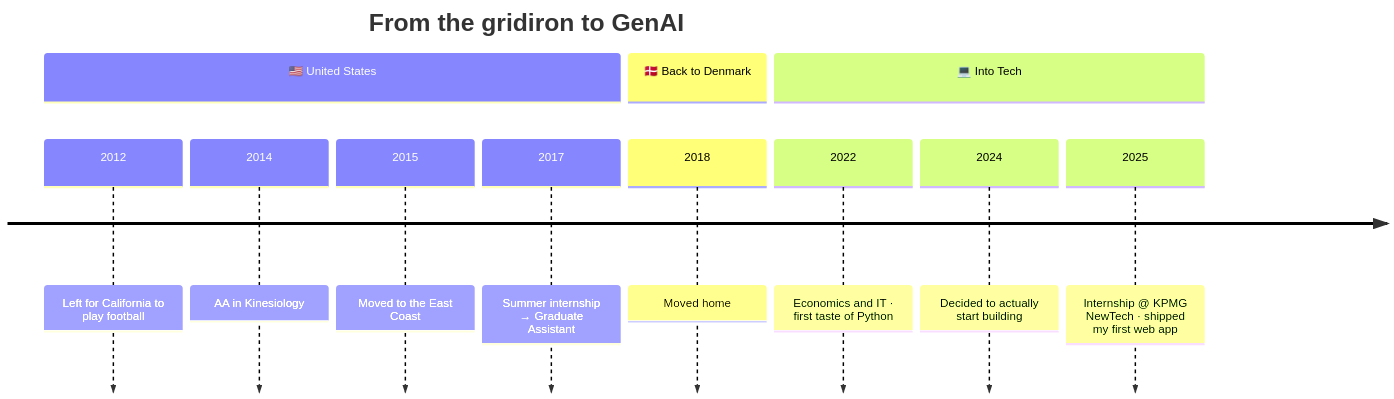
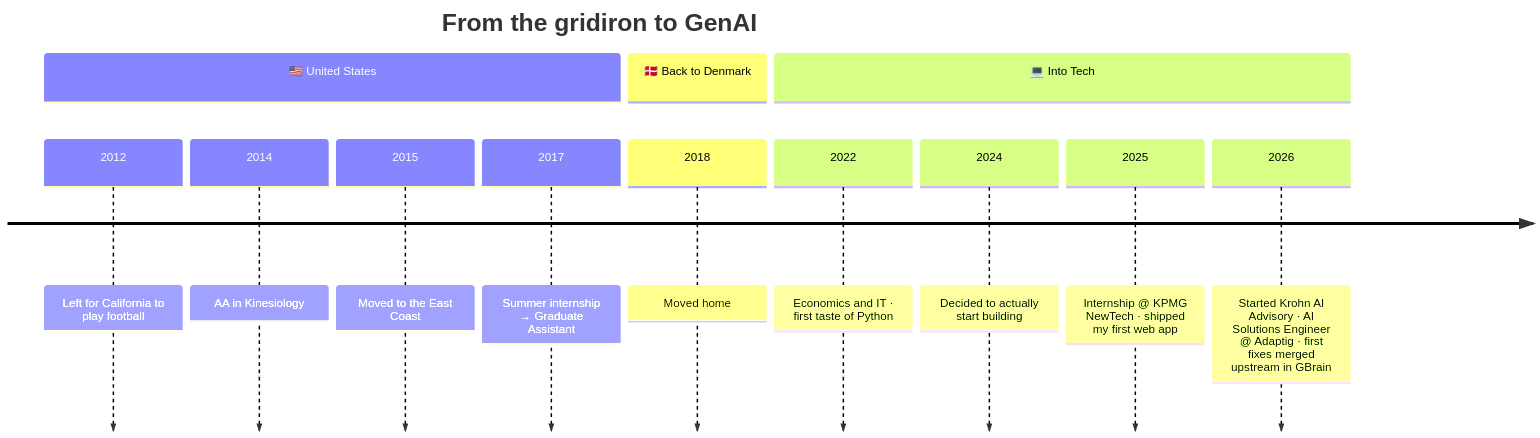
The diagram in README.md (Walliiee/Walliiee), drawn with Mermaid before and after one commit. The commit also changed other lines of this file, not shown here.

First line of the commit message:
Profile README: GBrain contributions, current projects, How I Build (#1)

````diff
--- a/README.md
+++ b/README.md
@@ -93,15 +134,16 @@
 ```mermaid
 timeline
   title From the gridiron to GenAI
   section 🇺🇸 United States
     2012 : Left for California to play football
     2014 : AA in Kinesiology
     2015 : Moved to the East Coast
     2017 : Summer internship → Graduate Assistant
   section 🇩🇰 Back to Denmark
     2018 : Moved home
   section 💻 Into Tech
     2022 : Economics and IT · first taste of Python
     2024 : Decided to actually start building
     2025 : Internship @ KPMG NewTech · shipped my first web app
+    2026 : Started Krohn AI Advisory · AI Solutions Engineer @ Adaptig · first fixes merged upstream in GBrain
 ```
````
